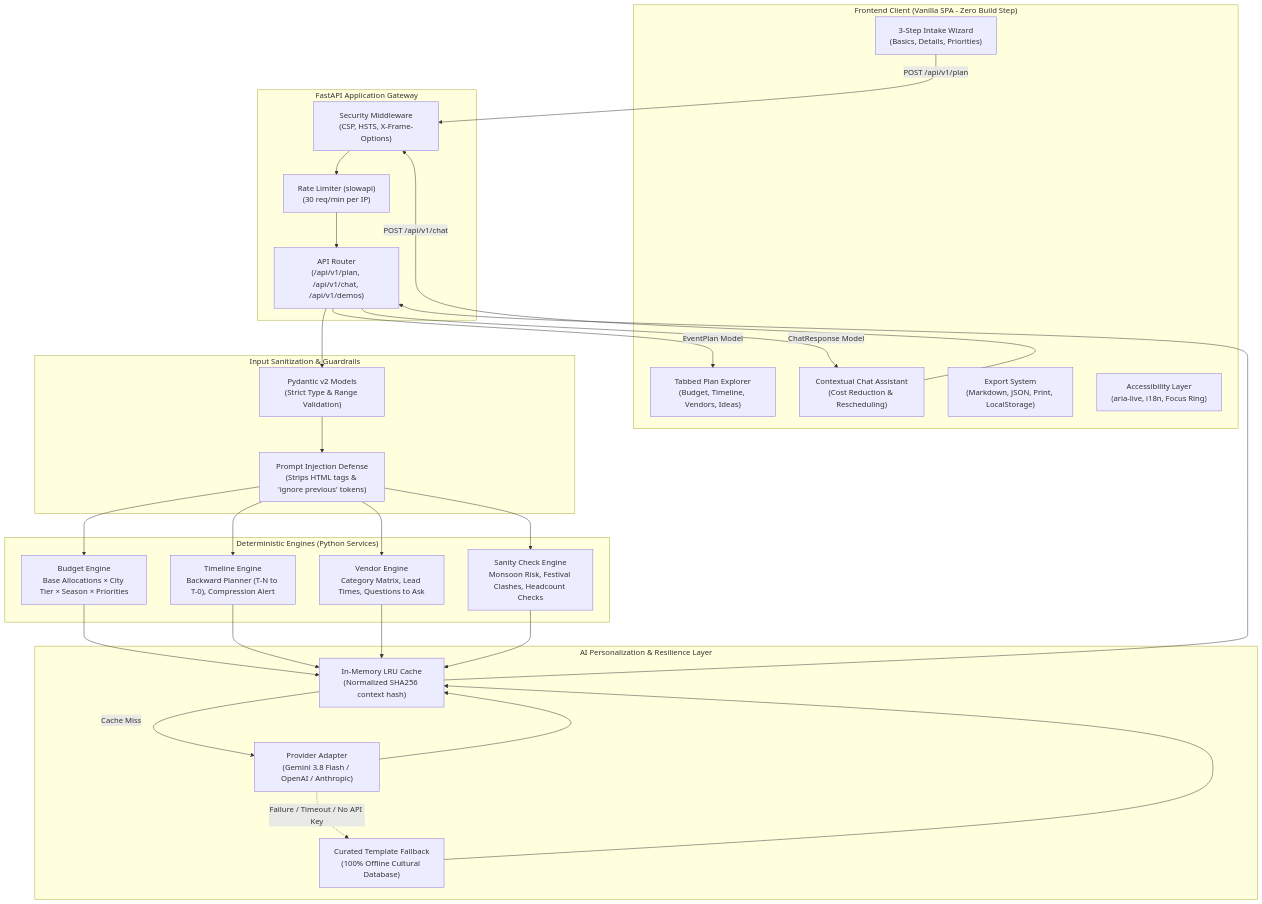
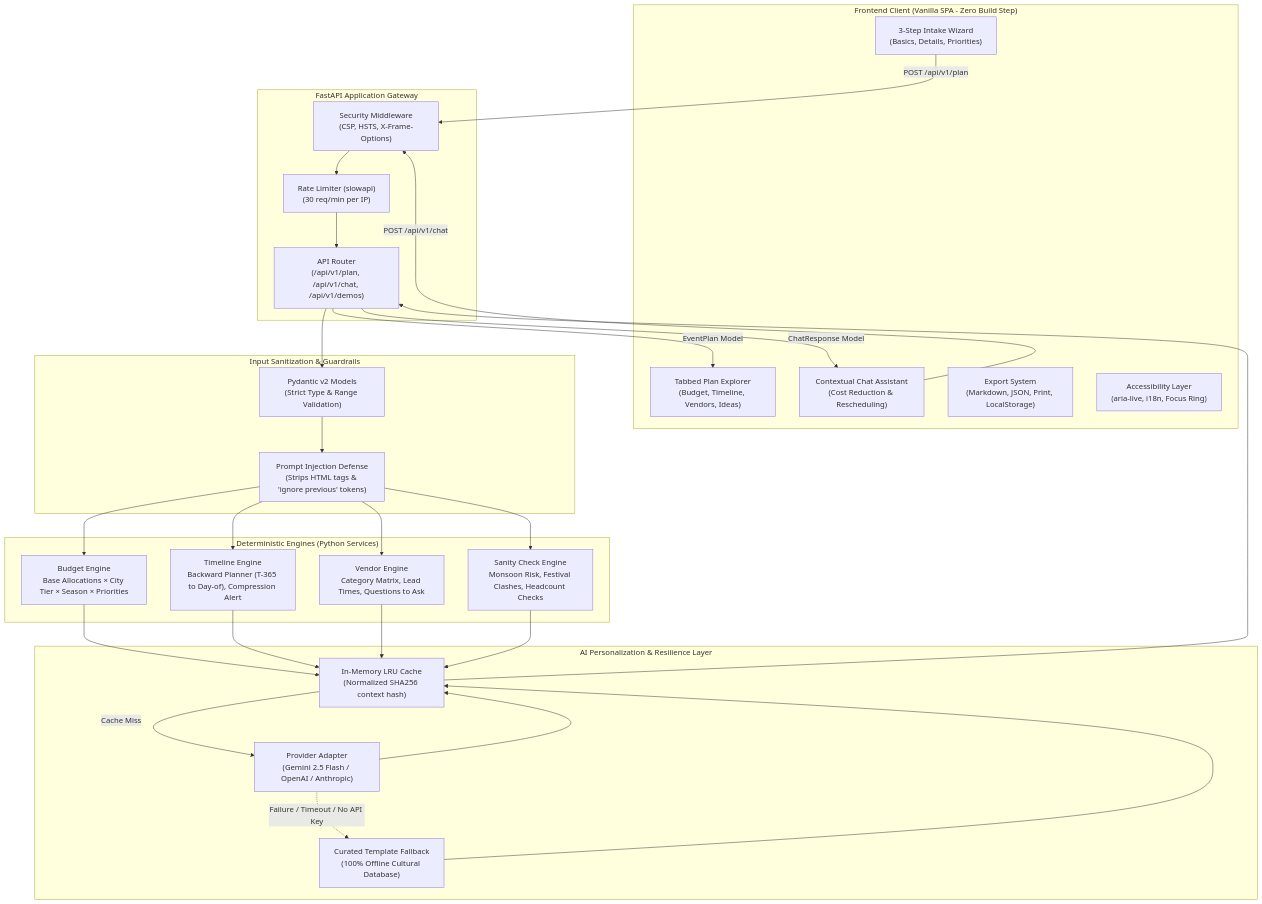
One commit to MOHDUBES/Utsavai-event-planner changed the first of 2 diagrams in docs/architecture.md. Above: the diagram before and after it, drawn with Mermaid. The commit also changed other lines of this file and 9 other files, not shown here.

````diff
--- a/docs/architecture.md
+++ b/docs/architecture.md
@@ -35,52 +35,52 @@
 ```mermaid
 graph TB
     subgraph Client["Frontend Client (Vanilla SPA - Zero Build Step)"]
         UI_Form["3-Step Intake Wizard<br/>(Basics, Details, Priorities)"]
         UI_Tabs["Tabbed Plan Explorer<br/>(Budget, Timeline, Vendors, Ideas)"]
         UI_Chat["Contextual Chat Assistant<br/>(Cost Reduction & Rescheduling)"]
         UI_Export["Export System<br/>(Markdown, JSON, Print, LocalStorage)"]
         UI_A11y["Accessibility Layer<br/>(aria-live, i18n, Focus Ring)"]
     end
 
     subgraph Gateway["FastAPI Application Gateway"]
         MW_Sec["Security Middleware<br/>(CSP, HSTS, X-Frame-Options)"]
         MW_Rate["Rate Limiter (slowapi)<br/>(30 req/min per IP)"]
         Router["API Router<br/>(/api/v1/plan, /api/v1/chat, /api/v1/demos)"]
     end
 
     subgraph Security["Input Sanitization & Guardrails"]
         Pydantic["Pydantic v2 Models<br/>(Strict Type & Range Validation)"]
         Sanitize["Prompt Injection Defense<br/>(Strips HTML tags & 'ignore previous' tokens)"]
     end
 
     subgraph Engines["Deterministic Engines (Python Services)"]
         B_Engine["Budget Engine<br/>Base Allocations × City Tier × Season × Priorities"]
-        T_Engine["Timeline Engine<br/>Backward Planner (T-N to T-0), Compression Alert"]
+        T_Engine["Timeline Engine<br/>Backward Planner (T-365 to Day-of), Compression Alert"]
         V_Engine["Vendor Engine<br/>Category Matrix, Lead Times, Questions to Ask"]
         S_Engine["Sanity Check Engine<br/>Monsoon Risk, Festival Clashes, Headcount Checks"]
     end
 
     subgraph AIService["AI Personalization & Resilience Layer"]
         Cache["In-Memory LRU Cache<br/>(Normalized SHA256 context hash)"]
-        LLM_Adapter["Provider Adapter<br/>(Gemini 3.8 Flash / OpenAI / Anthropic)"]
+        LLM_Adapter["Provider Adapter<br/>(Gemini 2.5 Flash / OpenAI / Anthropic)"]
         Fallback["Curated Template Fallback<br/>(100% Offline Cultural Database)"]
     end
 
     UI_Form -->|POST /api/v1/plan| MW_Sec
     UI_Chat -->|POST /api/v1/chat| MW_Sec
     MW_Sec --> MW_Rate
     MW_Rate --> Router
     Router --> Pydantic
     Pydantic --> Sanitize
     Sanitize --> B_Engine & T_Engine & V_Engine & S_Engine
 
     B_Engine & T_Engine & V_Engine & S_Engine --> Cache
     Cache -->|Cache Miss| LLM_Adapter
     LLM_Adapter -.->|Failure / Timeout / No API Key| Fallback
     LLM_Adapter --> Cache
     Fallback --> Cache
 
     Cache --> Router
     Router -->|EventPlan Model| UI_Tabs
     Router -->|ChatResponse Model| UI_Chat
 ```
````
